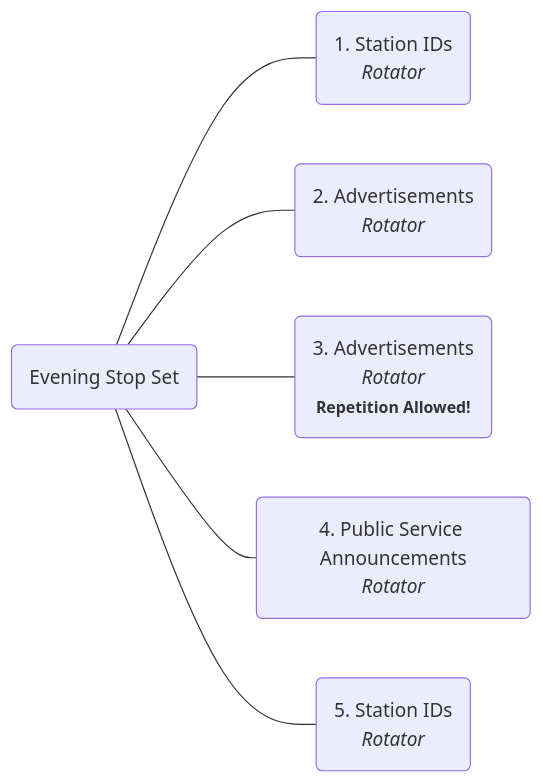
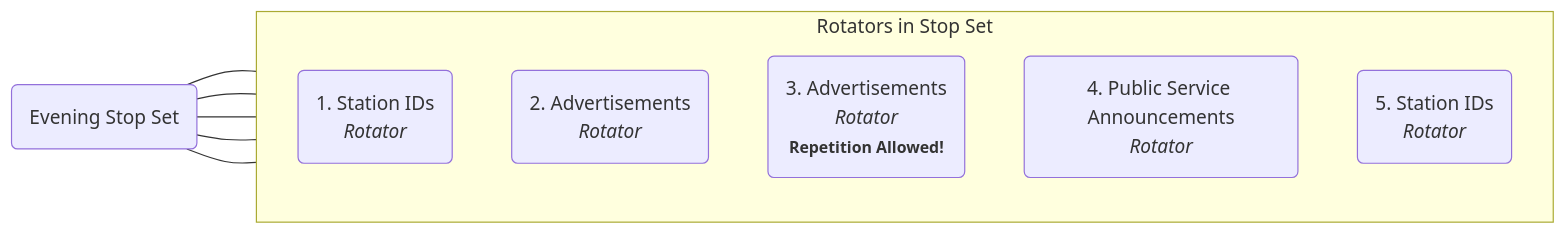
Before and after one commit to dtcooper/tomato: the second of 4 diagrams in docs/concepts.md, drawn with Mermaid. The commit also changed other lines of this file and 2 other files, not shown here.

````diff
--- a/docs/concepts.md
+++ b/docs/concepts.md
@@ -94,14 +77,17 @@
     ```mermaid
     flowchart RL
         stopset(Evening Stop Set)
-        rotator1(1. Station IDs\n<em>Rotator</em>)
-        rotator2(2. Advertisements\n<em>Rotator</em>)
-        rotator3(3. Advertisements\n<em>Rotator</em>\n<strong><small>Repetition Allowed!</small></strong>)
-        rotator4(4. Public Service Announcements\n<em>Rotator</em>)
-        rotator5(5. Station IDs\n<em>Rotator</em>)
+        subgraph "Rotators in Stop Set"
+            direction TB
+            rotator1(1. Station IDs\n<em>Rotator</em>)
+            rotator2(2. Advertisements\n<em>Rotator</em>)
+            rotator3(3. Advertisements\n<em>Rotator</em>\n<strong><small>Repetition Allowed!</small></strong>)
+            rotator4(4. Public Service Announcements\n<em>Rotator</em>)
+            rotator5(5. Station IDs\n<em>Rotator</em>)
+        end
         rotator1 --- stopset
         rotator2 --- stopset
         rotator3 --- stopset
         rotator4 --- stopset
         rotator5 --- stopset
     ```
````
